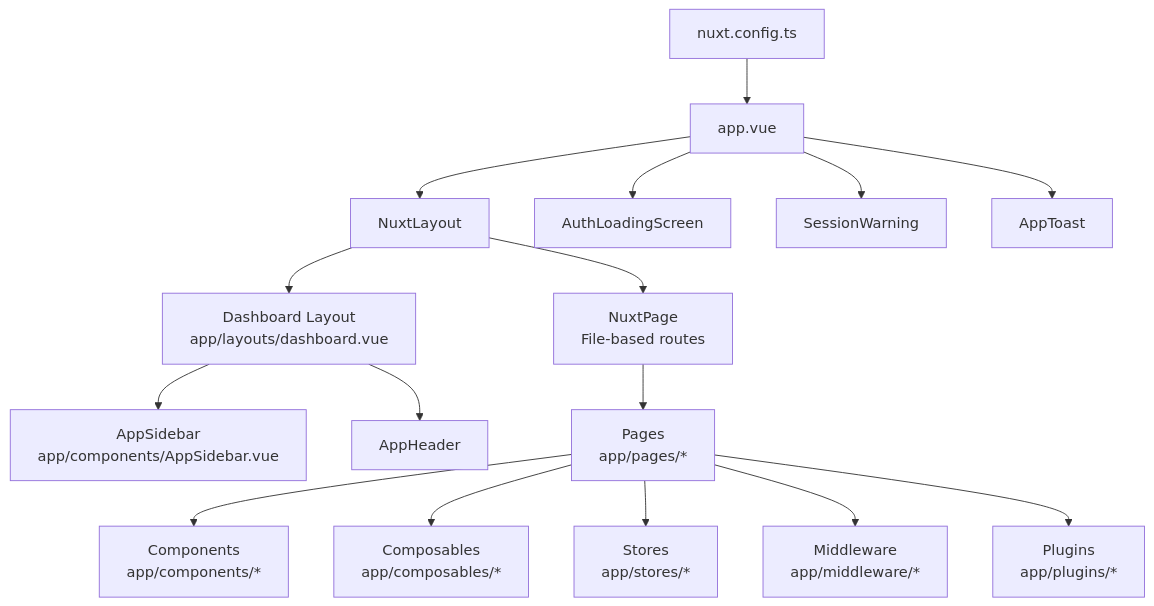
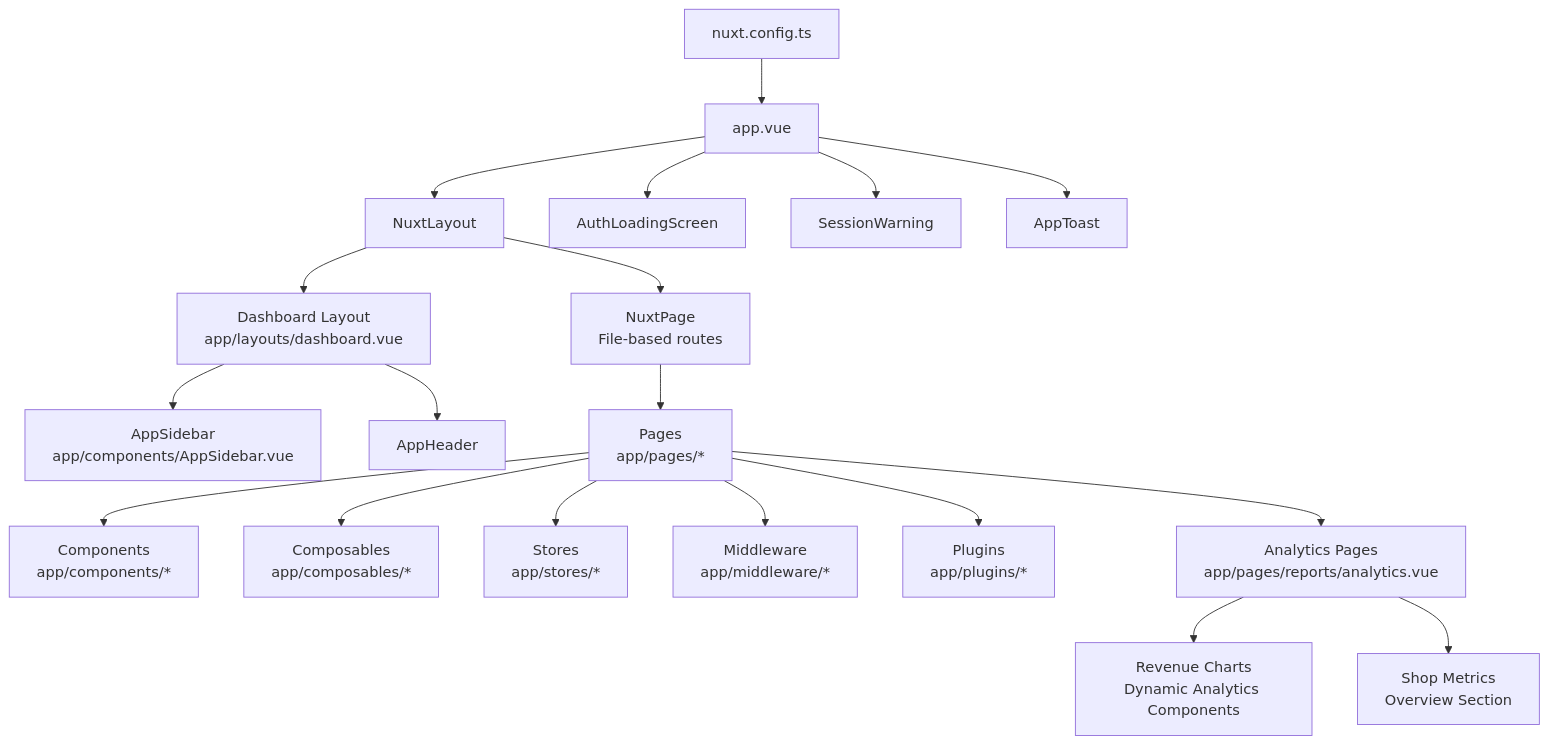
Before and after one commit to Lazynerd-Studios/lacarte-atlas-console: the first of 10 diagrams in .qoder/repowiki/en/content/Architecture & Design/Architecture & Design.md, drawn with Mermaid. The commit also changed other lines of this file and 23 other files, not shown here.

````diff
--- a/.qoder/repowiki/en/content/Architecture & Design/Architecture & Design.md
+++ b/.qoder/repowiki/en/content/Architecture & Design/Architecture & Design.md
@@ -47,18 +58,21 @@
 ```mermaid
 graph TB
 A["nuxt.config.ts"] --> B["app.vue"]
 B --> C["NuxtLayout"]
 C --> D["NuxtPage<br/>File-based routes"]
 B --> E["AuthLoadingScreen"]
 B --> F["SessionWarning"]
 B --> G["AppToast"]
 C --> H["Dashboard Layout<br/>app/layouts/dashboard.vue"]
 H --> I["AppSidebar<br/>app/components/AppSidebar.vue"]
 H --> J["AppHeader"]
 D --> K["Pages<br/>app/pages/*"]
 K --> L["Components<br/>app/components/*"]
 K --> M["Composables<br/>app/composables/*"]
 K --> N["Stores<br/>app/stores/*"]
 K --> O["Middleware<br/>app/middleware/*"]
 K --> P["Plugins<br/>app/plugins/*"]
+K --> Q["Analytics Pages<br/>app/pages/reports/analytics.vue"]
+Q --> R["Revenue Charts<br/>Dynamic Analytics Components"]
+Q --> S["Shop Metrics<br/>Overview Section"]
 ```
````
